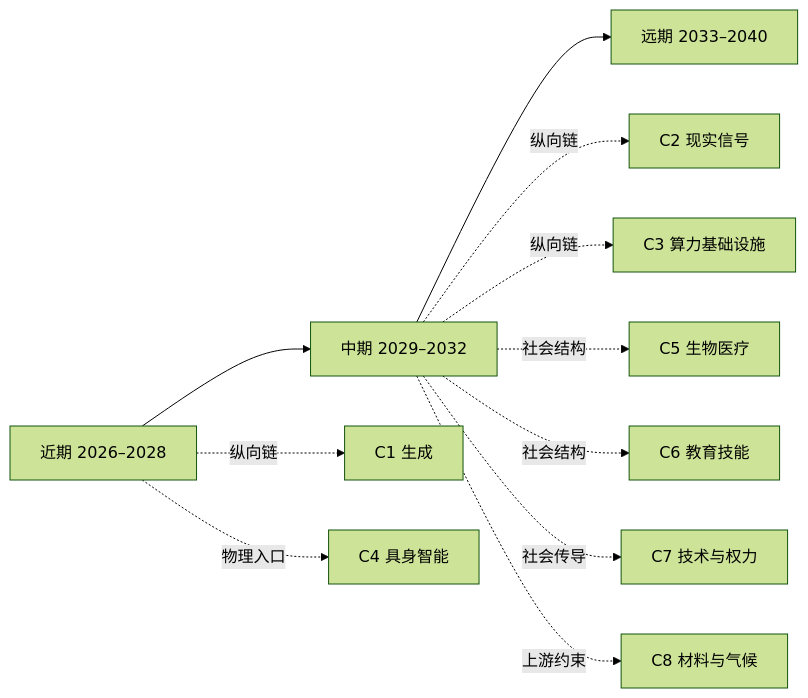
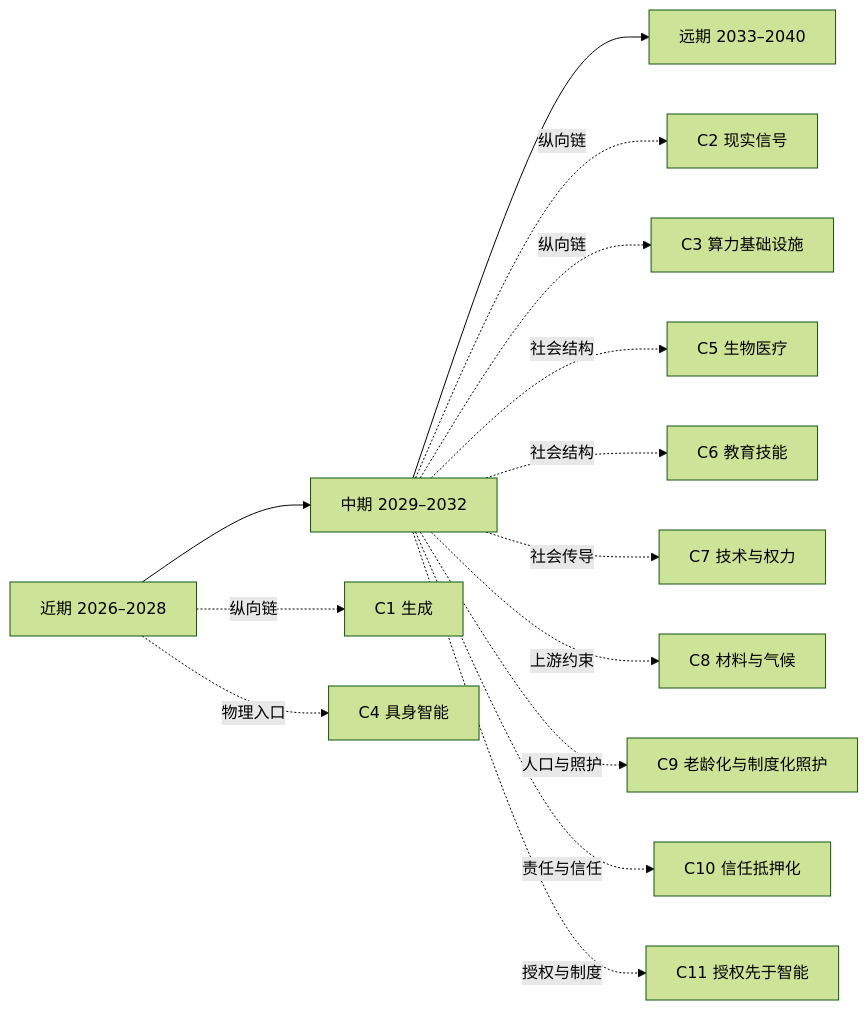
One commit to SenZhangAI/foresight-by-ai changed the diagram in docs/zh/10-near.md. Above: the diagram before and after it, drawn with Mermaid (forest theme). The commit also changed 1 other file, not shown here.

Commit message:
docs(near): add C9–C11 to the near-term navigation map
The near-term landscape's navigation map stopped at C8, so a reader
entering there saw a map three chains smaller than the one in the
README: C9 (ageing and institutional care), C10 (collateralization of
trust) and C11 (authority before intelligence) were missing. Those are
exactly the chains that carry the non-business, relationship-side
scope — collaboration between people, social relations, the human–AI
relationship — so their absence hid that part of the archive from the
page most readers enter first.

Node set is now C1–C11 in both languages, identical to the README
master map, with the same edge sources and edge labels (all three hang
off the mid layer). No judgment, no coverage claim and no prose was
changed; this is a navigation projection only.

````diff
--- a/docs/zh/10-near.md
+++ b/docs/zh/10-near.md
@@ -17,13 +17,16 @@
 ```mermaid
 flowchart LR
   N[近期 2026–2028] --> M[中期 2029–2032]
   M --> F[远期 2033–2040]
   N -.纵向链.-> C1[C1 生成]
   M -.纵向链.-> C2[C2 现实信号]
   M -.纵向链.-> C3[C3 算力基础设施]
   N -.物理入口.-> C4[C4 具身智能]
   M -.社会结构.-> C5[C5 生物医疗]
   M -.社会结构.-> C6[C6 教育技能]
   M -.社会传导.-> C7[C7 技术与权力]
   M -.上游约束.-> C8[C8 材料与气候]
+  M -.人口与照护.-> C9[C9 老龄化与制度化照护]
+  M -.责任与信任.-> C10[C10 信任抵押化]
+  M -.授权与制度.-> C11[C11 授权先于智能]
 ```
````
